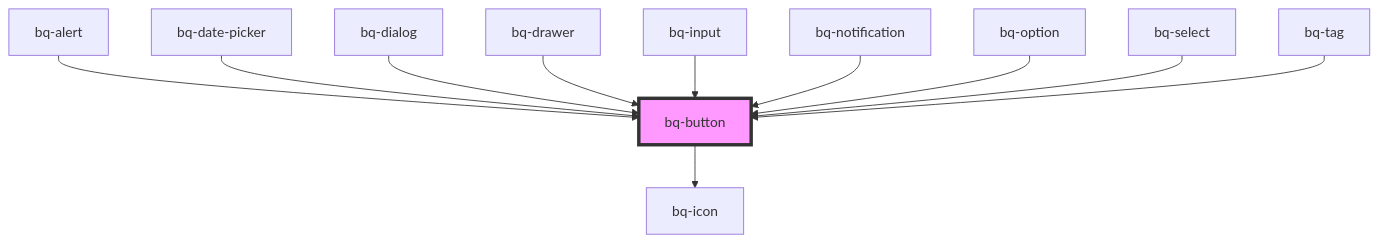
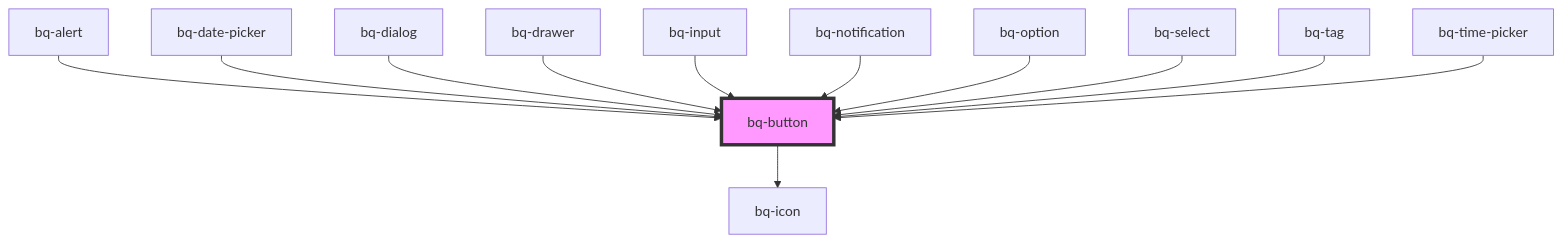
The diagram in packages/beeq/src/components/button/readme.md (Endava/BEEQ), drawn with Mermaid before and after one commit. The commit also changed other lines of this file and 52 other files, not shown here.

Commit message:
feat(TimePicker): add `bq-time-picker` component (#1847)

````diff
--- a/packages/beeq/src/components/button/readme.md
+++ b/packages/beeq/src/components/button/readme.md
@@ -79,14 +80,15 @@
 ```mermaid
 graph TD;
   bq-button --> bq-icon
   bq-alert --> bq-button
   bq-date-picker --> bq-button
   bq-dialog --> bq-button
   bq-drawer --> bq-button
   bq-input --> bq-button
   bq-notification --> bq-button
   bq-option --> bq-button
   bq-select --> bq-button
   bq-tag --> bq-button
+  bq-time-picker --> bq-button
   style bq-button fill:#f9f,stroke:#333,stroke-width:4px
 ```
````
